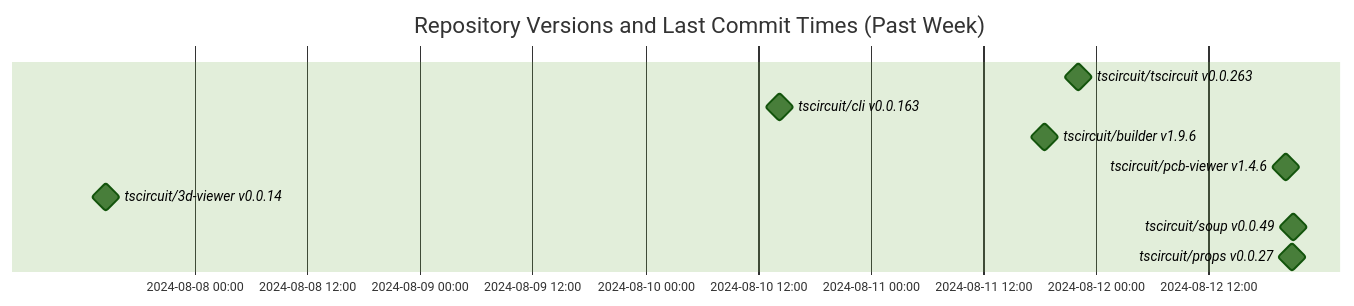
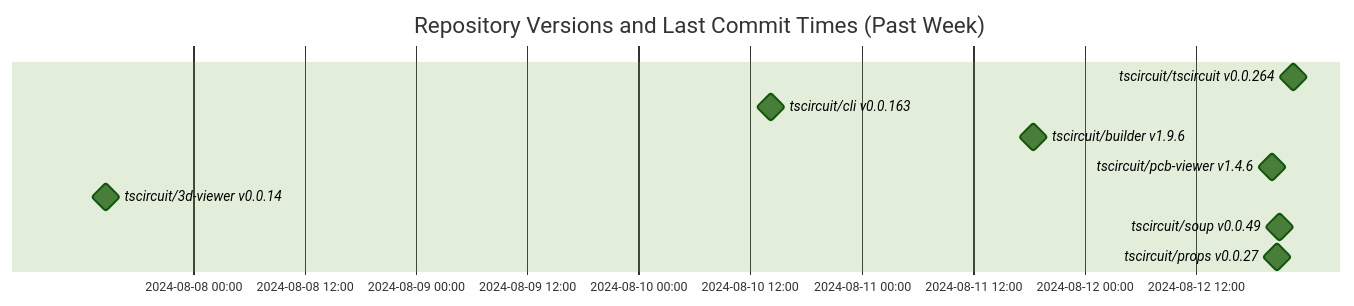
One commit to tscircuit/version-tracker changed the diagram in README.md. Above: the diagram before and after it, drawn with Mermaid (forest theme).

Commit message:
Update chart

````diff
--- a/README.md
+++ b/README.md
@@ -1,14 +1,14 @@
 ```mermaid
 gantt
   dateFormat  YYYY-MM-DD HH:mm:ss
   title Repository Versions and Last Commit Times (Past Week)
   axisFormat %Y-%m-%d %H:%M
 
-  tscircuit/tscircuit v0.0.263 : milestone, 2024-08-11 22:02:17, 1s
+  tscircuit/tscircuit v0.0.264 : milestone, 2024-08-12 22:31:33, 1s
   tscircuit/cli v0.0.163 : milestone, 2024-08-10 14:15:28, 1s
   tscircuit/builder v1.9.6 : milestone, 2024-08-11 18:31:00, 1s
   tscircuit/pcb-viewer v1.4.6 : milestone, 2024-08-12 20:14:33, 1s
   tscircuit/3d-viewer v0.0.14 : milestone, 2024-08-07 14:34:01, 1s
   tscircuit/soup v0.0.49 : milestone, 2024-08-12 20:59:08, 1s
   tscircuit/props v0.0.27 : milestone, 2024-08-12 20:48:48, 1s
 ```
````
